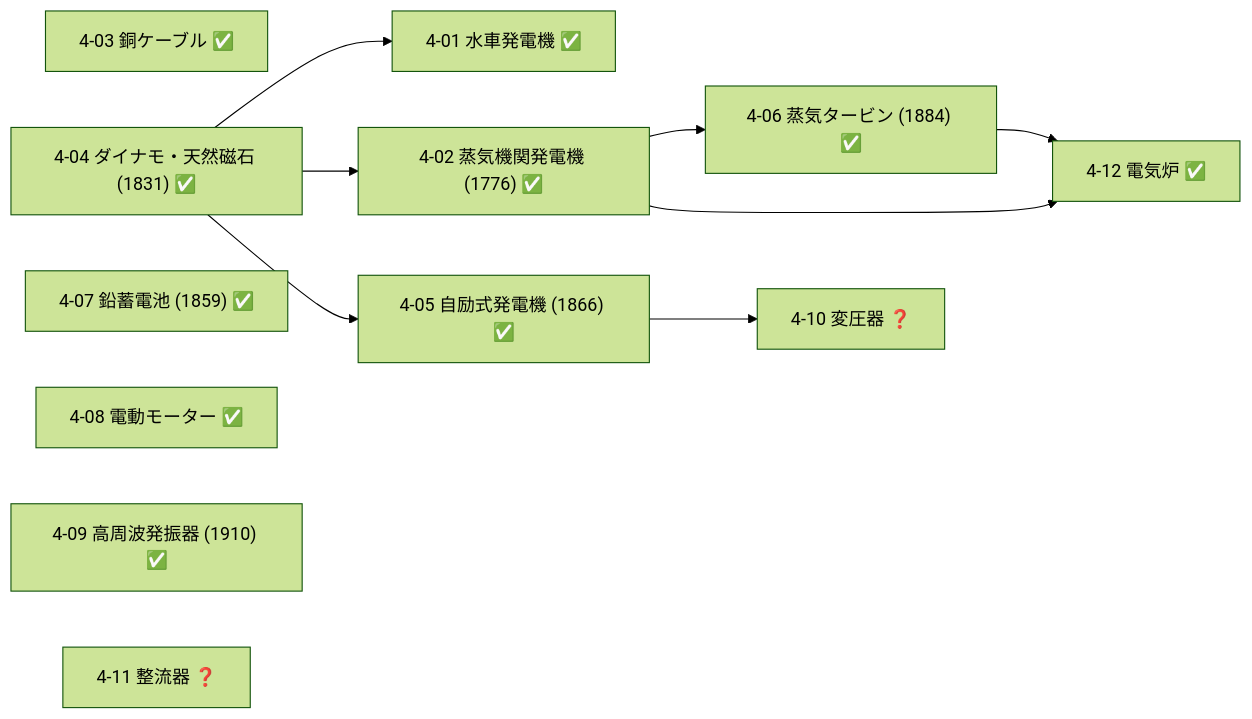
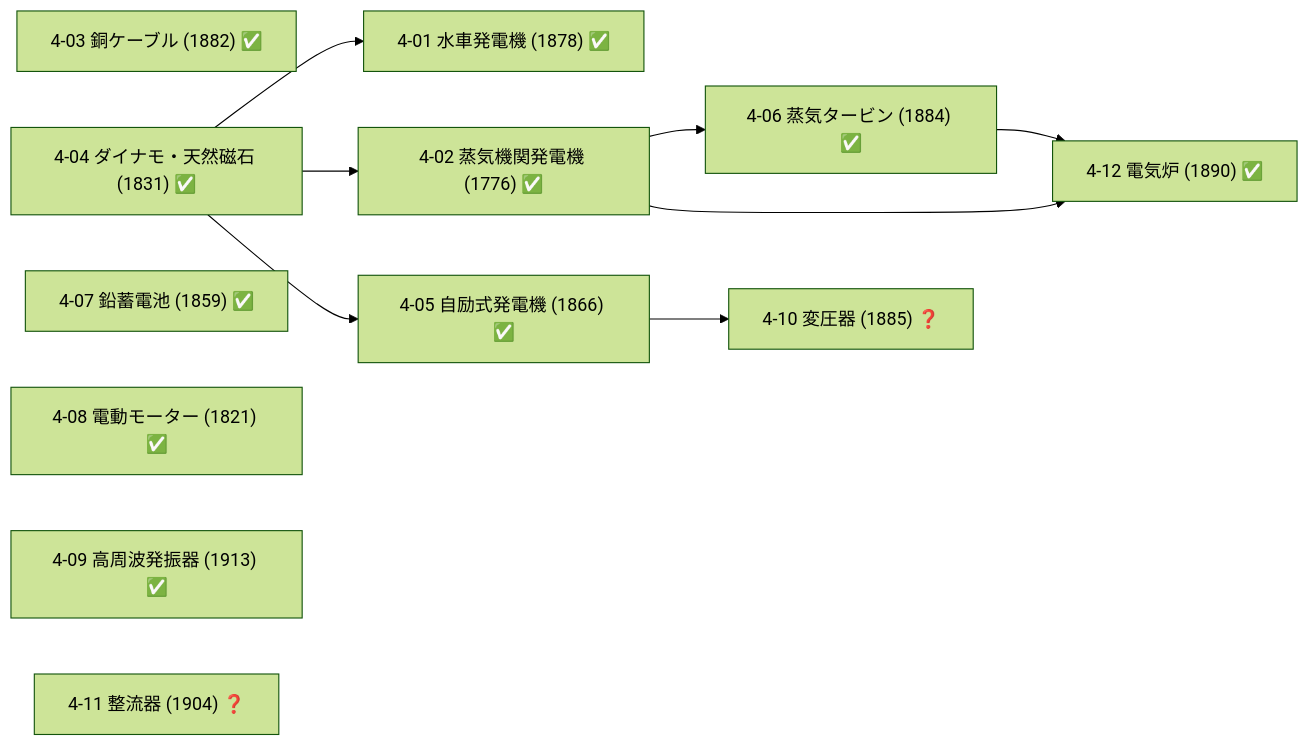
One commit to taku3i0317-collab/semiconductor-lab changed the seventh of 19 diagrams in docs/TECH_TREE_VIEW.md. Above: the diagram before and after it, drawn with Mermaid (forest theme). The commit also changed other lines of this file and 7 other files, not shown here.

````diff
--- a/docs/TECH_TREE_VIEW.md
+++ b/docs/TECH_TREE_VIEW.md
@@ -352,22 +352,22 @@
 ```mermaid
 graph LR
-  n4_01["4-01 水車発電機 ✅"]
+  n4_01["4-01 水車発電機 (1878) ✅"]
   n4_02["4-02 蒸気機関発電機 (1776) ✅"]
-  n4_03["4-03 銅ケーブル ✅"]
+  n4_03["4-03 銅ケーブル (1882) ✅"]
   n4_04["4-04 ダイナモ・天然磁石 (1831) ✅"]
   n4_05["4-05 自励式発電機 (1866) ✅"]
   n4_06["4-06 蒸気タービン (1884) ✅"]
   n4_07["4-07 鉛蓄電池 (1859) ✅"]
-  n4_08["4-08 電動モーター ✅"]
-  n4_09["4-09 高周波発振器 (1910) ✅"]
-  n4_10["4-10 変圧器 ❓"]
-  n4_11["4-11 整流器 ❓"]
-  n4_12["4-12 電気炉 ✅"]
+  n4_08["4-08 電動モーター (1821) ✅"]
+  n4_09["4-09 高周波発振器 (1913) ✅"]
+  n4_10["4-10 変圧器 (1885) ❓"]
+  n4_11["4-11 整流器 (1904) ❓"]
+  n4_12["4-12 電気炉 (1890) ✅"]
   n4_04-->n4_01
   n4_04-->n4_02
   n4_04-->n4_05
   n4_02-->n4_06
   n4_05-->n4_10
   n4_02-->n4_12
   n4_06-->n4_12
 ```
````
